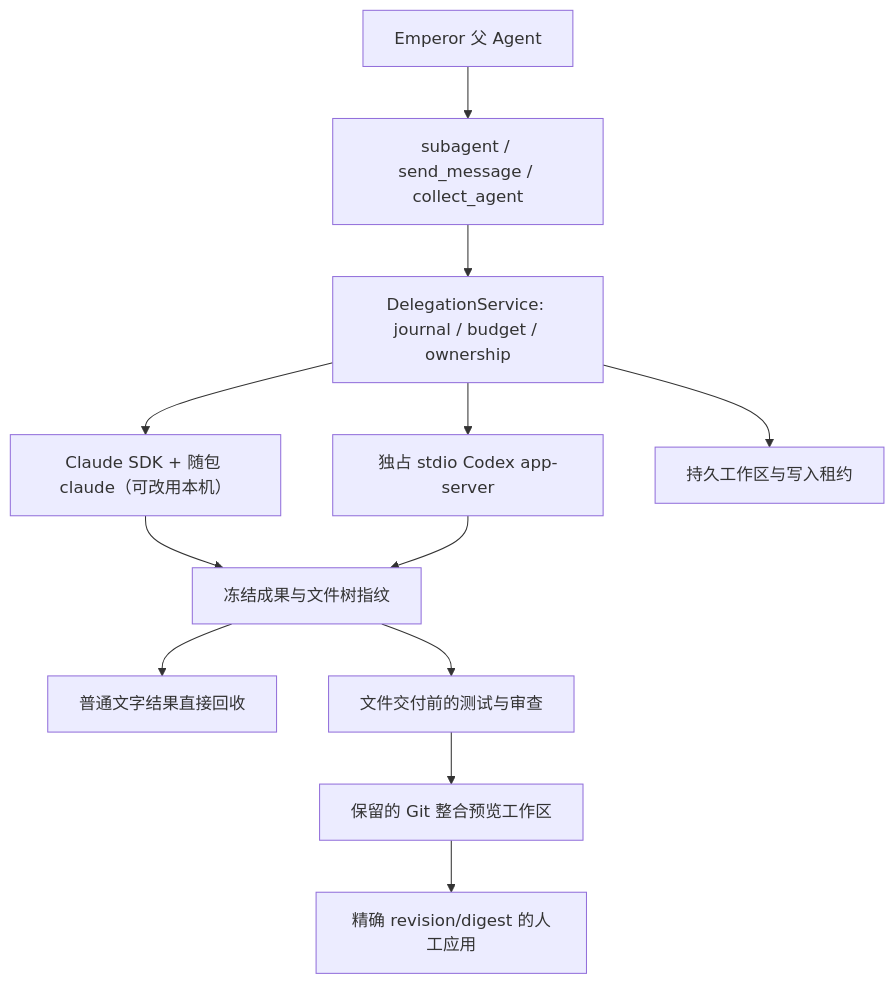
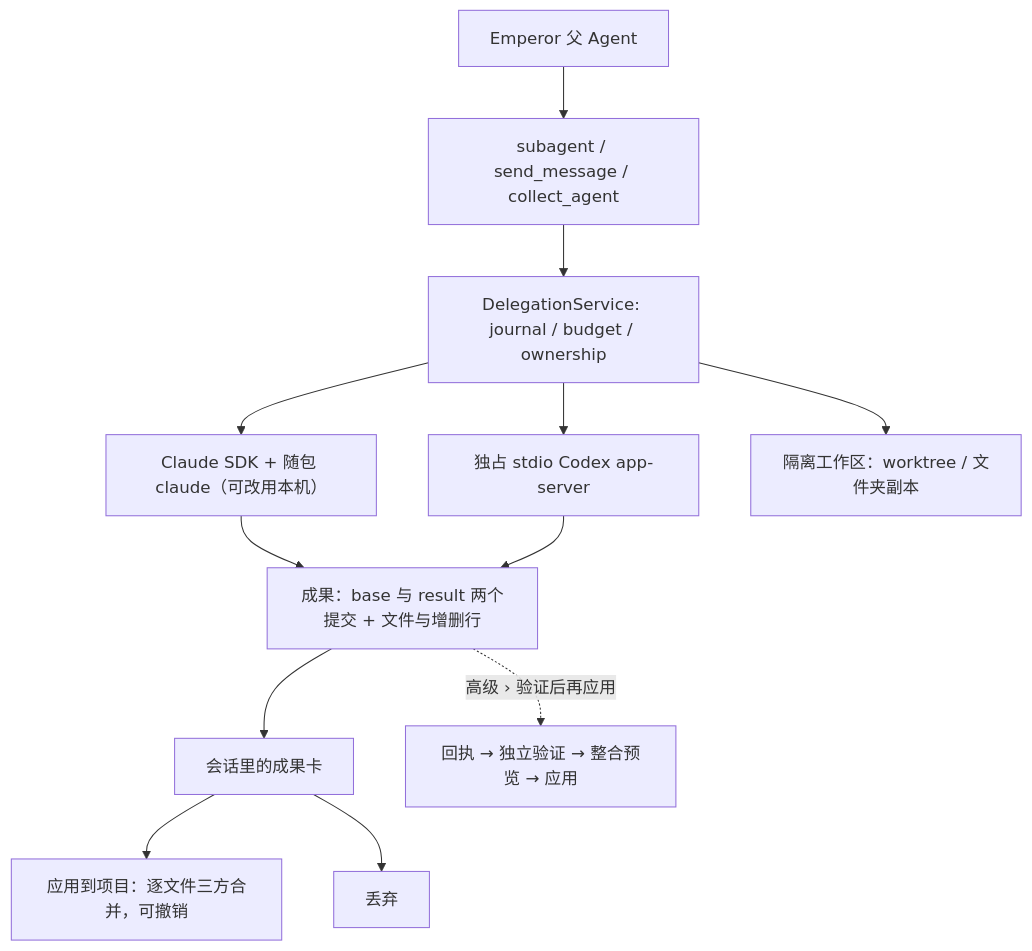
One commit to TheSyart/emperor-agent changed the diagram in docs/architecture/external-agent-delegation.md. Above: the diagram before and after it, drawn with Mermaid. The commit also changed other lines of this file and 2 other files, not shown here.

First line of the commit message:
docs(agents): results, apply and undo, folder copies and workspace waits

````diff
--- a/docs/architecture/external-agent-delegation.md
+++ b/docs/architecture/external-agent-delegation.md
@@ -10,14 +10,14 @@
 ```mermaid
 flowchart TD
   Parent[Emperor 父 Agent] --> Tools[subagent / send_message / collect_agent]
   Tools --> Service[DelegationService: journal / budget / ownership]
   Service --> Claude[Claude SDK + 随包 claude（可改用本机）]
   Service --> Codex[独占 stdio Codex app-server]
-  Service --> Workspace[持久工作区与写入租约]
-  Claude --> Receipt[冻结成果与文件树指纹]
-  Codex --> Receipt
-  Receipt --> Result[普通文字结果直接回收]
-  Receipt --> Verify[文件交付前的测试与审查]
-  Verify --> Preview[保留的 Git 整合预览工作区]
-  Preview --> Apply[精确 revision/digest 的人工应用]
+  Service --> Workspace[隔离工作区：worktree / 文件夹副本]
+  Claude --> Result[成果：base 与 result 两个提交 + 文件与增删行]
+  Codex --> Result
+  Result --> Card[会话里的成果卡]
+  Card --> Apply[应用到项目：逐文件三方合并，可撤销]
+  Card --> Discard[丢弃]
+  Result -. 高级 › 验证后再应用 .-> Receipt[回执 → 独立验证 → 整合预览 → 应用]
 ```
````
